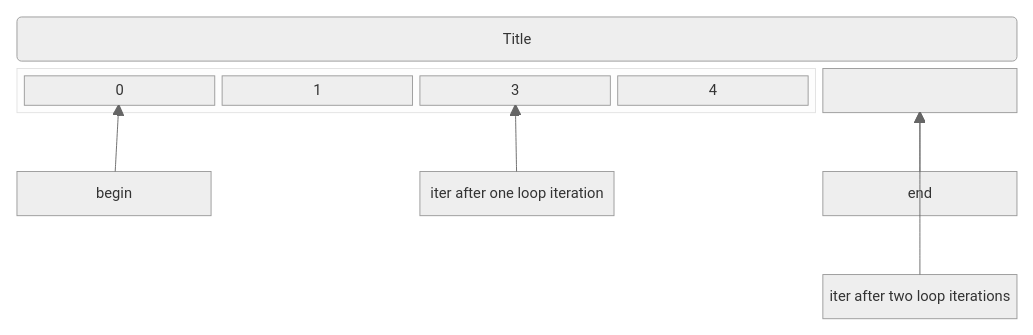
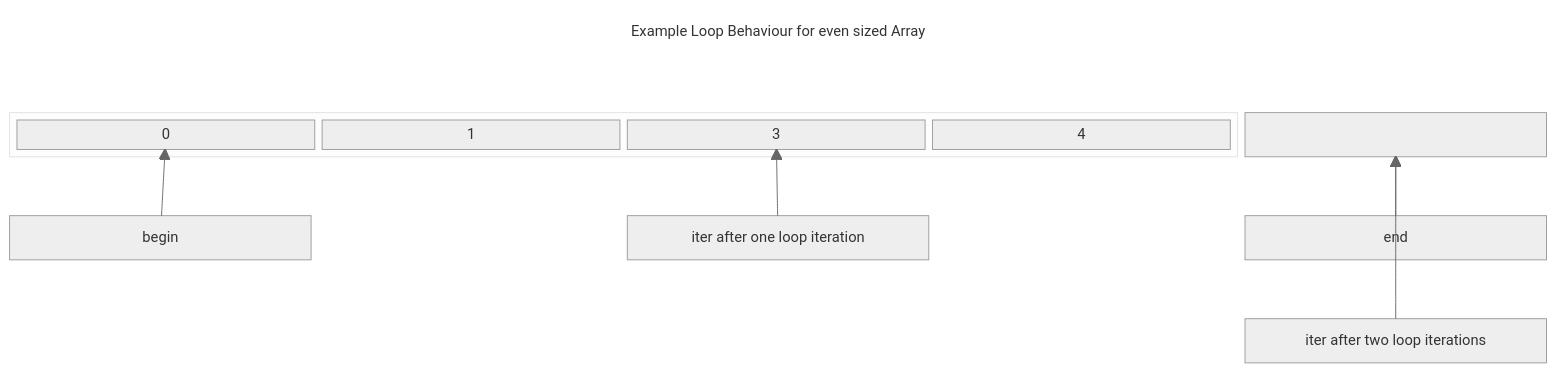
The first of 2 diagrams in Chapter4/Chapter4.md (flempriere/CppThroughGameProgramming), drawn with Mermaid (neutral theme) before and after one commit. The commit also changed other lines of this file, not shown here.

Commit message:
Added block diagrams for Exercise 4.2

````diff
--- a/Chapter4/Chapter4.md
+++ b/Chapter4/Chapter4.md
@@ -74,30 +74,31 @@
 ```mermaid
 
 block
- block:figure:1
     columns 5
-    title("Title"):5
+    space:2
+    title("Example Loop Behaviour for even sized Array")
+    space:2
+    space:5
     block:array:4
         0 ["0"]
         1 ["1"]
         2 ["3"]
         3 ["4"]
     end
     end_arr [" "]
     space:5
     begin_iter ["begin"]
     space
     iter_one ["iter after one loop iteration"]
     space
     end_iter ["end"]
     space:9
     iter_two ["iter after two loop iterations"]
     begin_iter-->0
     iter_one-->2
     end_iter-->end_arr
     iter_two-->end_arr
-end
 
-class figure BG
+class title BG
 classDef BG stroke:transparent, fill:transparent
 ```
````
